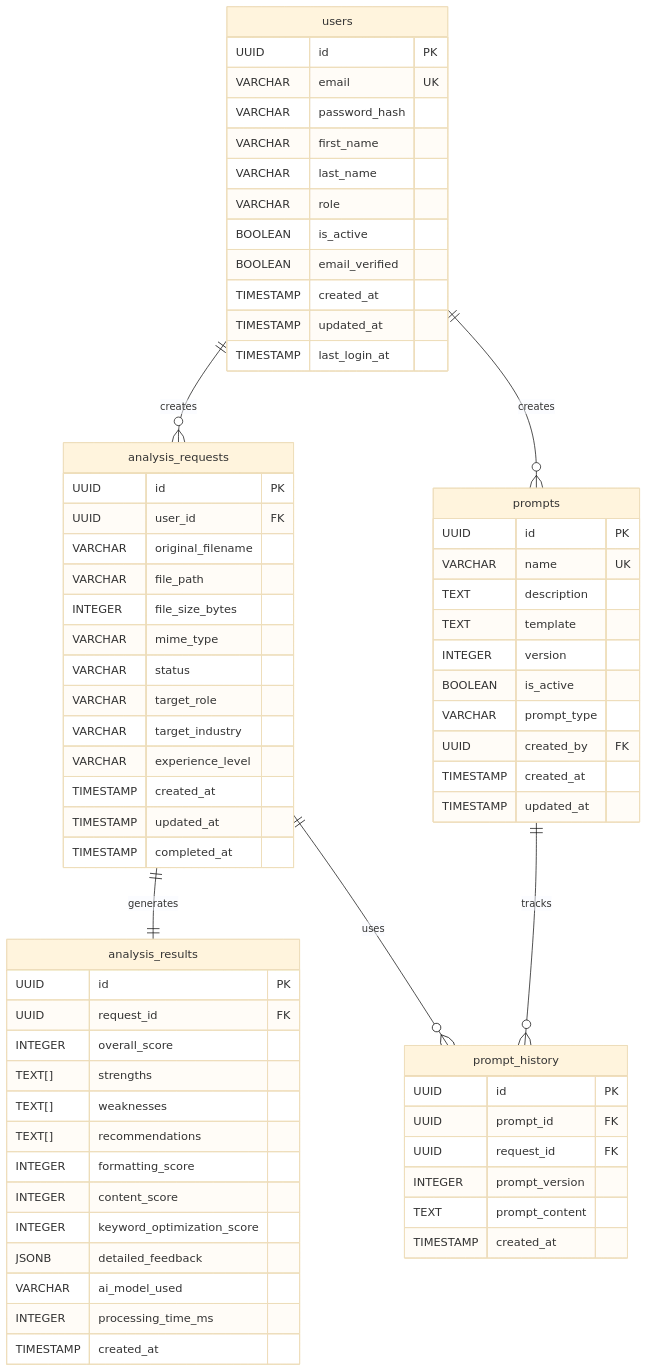
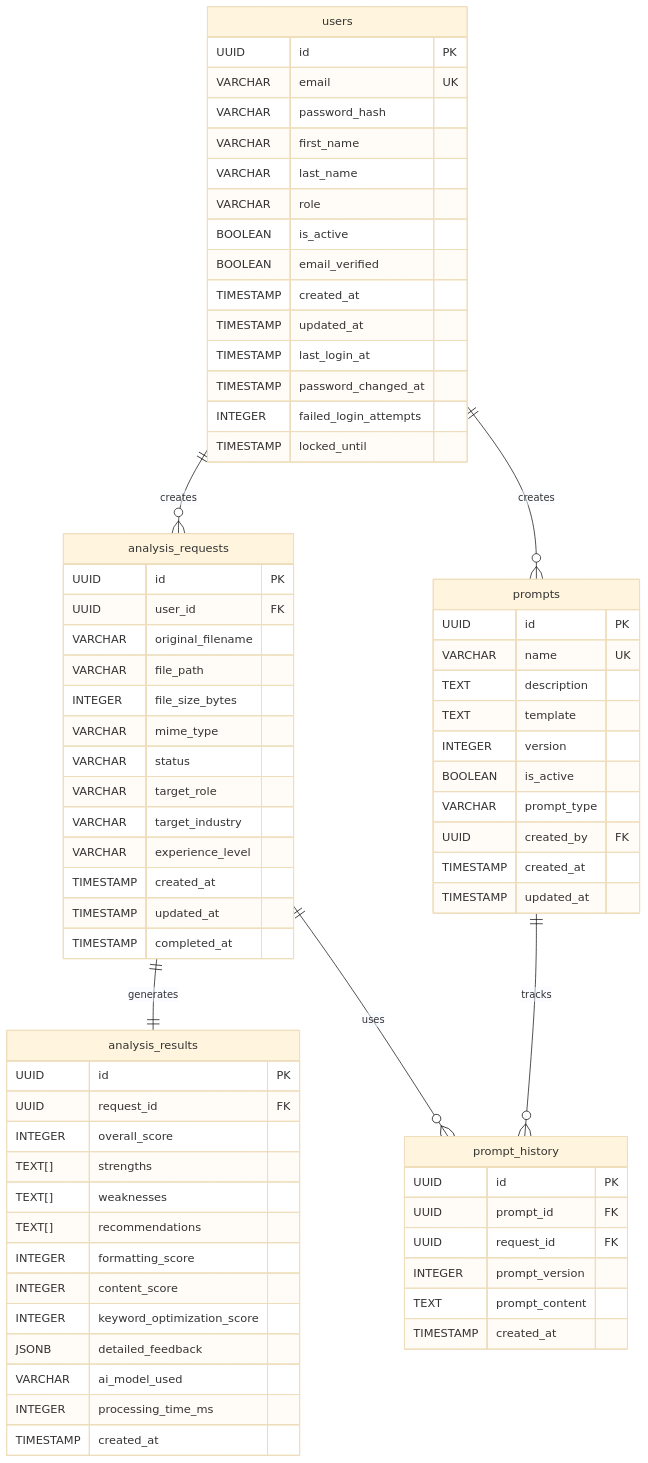
The diagram in docs/database/er-diagram.md (nob99/ai-resume-review-v2), drawn with Mermaid (base theme) before and after one commit. The commit also changed other lines of this file and 7 other files, not shown here.

First line of the commit message:
feat: Complete AUTH-001 integration tests and resolve database schema issues

````diff
--- a/docs/database/er-diagram.md
+++ b/docs/database/er-diagram.md
@@ -5,76 +5,79 @@
 ```mermaid
 erDiagram
     users {
         UUID id PK
         VARCHAR email UK
         VARCHAR password_hash
         VARCHAR first_name
         VARCHAR last_name
         VARCHAR role
         BOOLEAN is_active
         BOOLEAN email_verified
         TIMESTAMP created_at
         TIMESTAMP updated_at
         TIMESTAMP last_login_at
+        TIMESTAMP password_changed_at
+        INTEGER failed_login_attempts
+        TIMESTAMP locked_until
     }
     
     analysis_requests {
         UUID id PK
         UUID user_id FK
         VARCHAR original_filename
         VARCHAR file_path
         INTEGER file_size_bytes
         VARCHAR mime_type
         VARCHAR status
         VARCHAR target_role
         VARCHAR target_industry
         VARCHAR experience_level
         TIMESTAMP created_at
         TIMESTAMP updated_at
         TIMESTAMP completed_at
     }
     
     analysis_results {
         UUID id PK
         UUID request_id FK
         INTEGER overall_score
         TEXT[] strengths
         TEXT[] weaknesses
         TEXT[] recommendations
         INTEGER formatting_score
         INTEGER content_score
         INTEGER keyword_optimization_score
         JSONB detailed_feedback
         VARCHAR ai_model_used
         INTEGER processing_time_ms
         TIMESTAMP created_at
     }
     
     prompts {
         UUID id PK
         VARCHAR name UK
         TEXT description
         TEXT template
         INTEGER version
         BOOLEAN is_active
         VARCHAR prompt_type
         UUID created_by FK
         TIMESTAMP created_at
         TIMESTAMP updated_at
     }
     
     prompt_history {
         UUID id PK
         UUID prompt_id FK
         UUID request_id FK
         INTEGER prompt_version
         TEXT prompt_content
         TIMESTAMP created_at
     }
 
     users ||--o{ analysis_requests : "creates"
     analysis_requests ||--|| analysis_results : "generates"
     users ||--o{ prompts : "creates"
     prompts ||--o{ prompt_history : "tracks"
     analysis_requests ||--o{ prompt_history : "uses"
 ```
````
